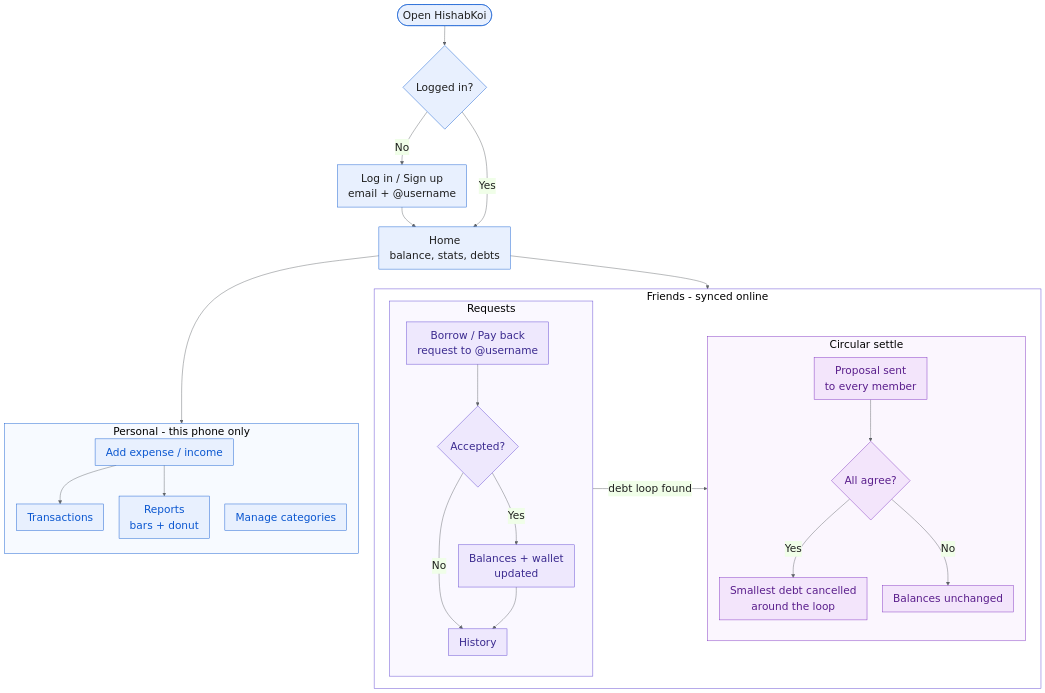
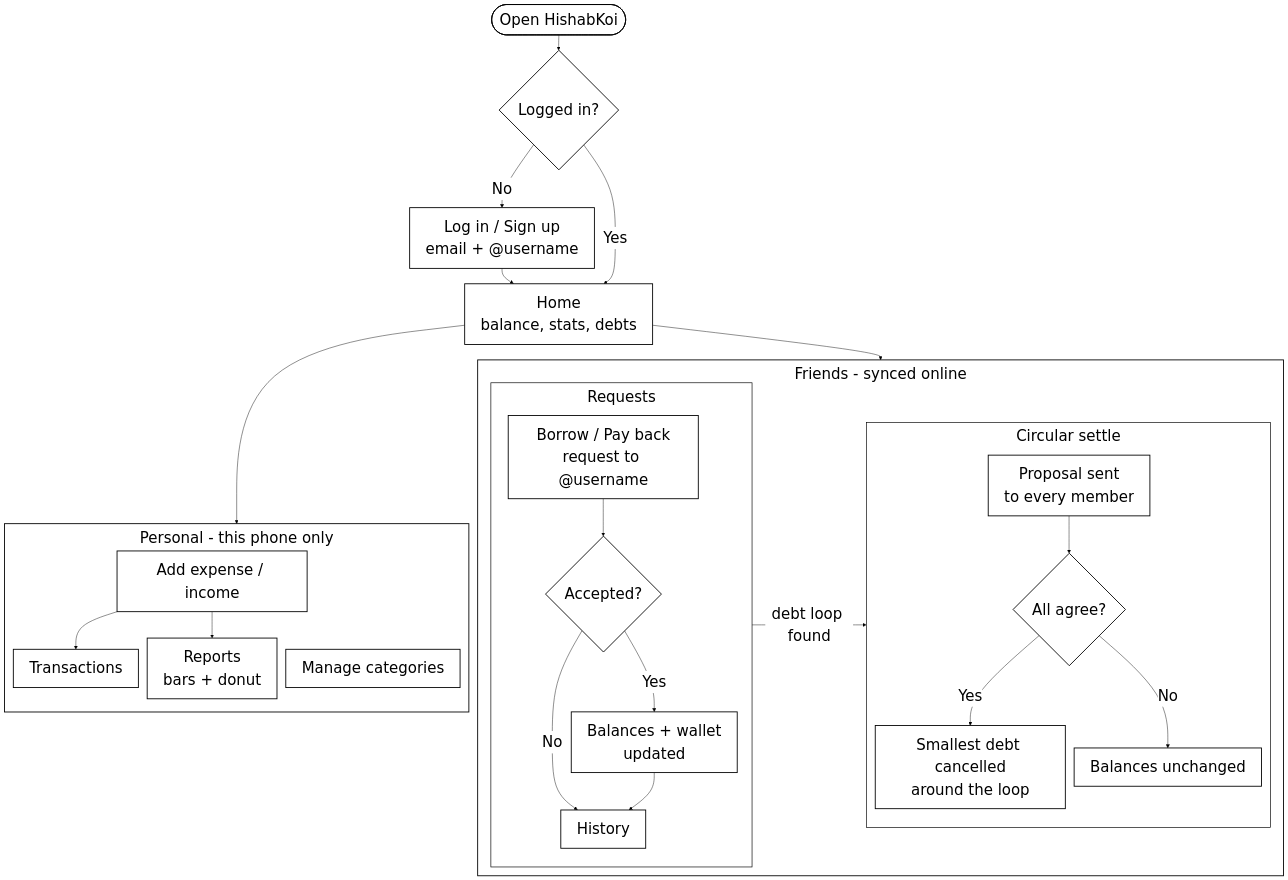
Before and after one commit to Mahin7773/HishabKoi: the diagram in docs/flowchart.mmd, drawn with Mermaid. The commit also changed 1 other file, not shown here.

Commit message:
Make flowchart black and white with larger text

```diff
--- a/docs/flowchart.mmd
+++ b/docs/flowchart.mmd
@@ -1,47 +1,42 @@
-%%{init: {'theme':'base','themeVariables':{'primaryColor':'#E8F0FE','primaryBorderColor':'#0B57D0','primaryTextColor':'#1F1F1F','lineColor':'#5F6368','fontFamily':'Segoe UI, Arial','fontSize':'24px'}, 'flowchart':{'wrappingWidth':300,'nodeSpacing':35,'rankSpacing':45,'padding':12}}}%%
+%%{init: {'theme':'base','themeVariables':{'primaryColor':'#FFFFFF','primaryBorderColor':'#000000','primaryTextColor':'#000000','lineColor':'#000000','textColor':'#000000','edgeLabelBackground':'#FFFFFF','clusterBkg':'#FFFFFF','clusterBorder':'#000000','fontFamily':'Segoe UI, Arial','fontSize':'34px'}, 'flowchart':{'wrappingWidth':360,'nodeSpacing':20,'rankSpacing':35,'padding':18,'diagramPadding':8,'subGraphTitleMargin':{'top':6,'bottom':26}}}}%%
 flowchart TD
     A([Open HishabKoi]) --> B{Logged in?}
     B -- No --> C[Log in / Sign up<br/>email + @username]
     C --> D
     B -- Yes --> D[Home<br/>balance, stats, debts]
 
     D --> PS
     D --> W
 
     subgraph PS [Personal - this phone only]
         direction TB
         P1[Add expense / income] --> P2[Transactions]
         P1 --> P3[Reports<br/>bars + donut]
         P1 ~~~ P4[Manage categories]
     end
 
     subgraph W [Friends - synced online]
     direction LR
     subgraph FS [Requests]
         direction TB
         F1[Borrow / Pay back<br/>request to @username] --> F2{Accepted?}
         F2 -- No --> F5[History]
         F2 -- Yes --> F3[Balances + wallet<br/>updated]
         F3 --> F5
     end
 
     FS -- debt loop found --> LP
 
     subgraph LP [Circular settle]
         direction TB
         L1[Proposal sent<br/>to every member] --> L2{All agree?}
         L2 -- Yes --> L3[Smallest debt cancelled<br/>around the loop]
         L2 -- No --> L4[Balances unchanged]
     end
     end
 
-    classDef personal fill:#E8F0FE,stroke:#0B57D0,color:#0B57D0
-    classDef friends fill:#EEE8FD,stroke:#5B3FD0,color:#3B2A8F
-    classDef loop fill:#F3E5FB,stroke:#7B2CBF,color:#5A1E8C
-    class P1,P2,P3,P4 personal
-    class F1,F2,F3,F5 friends
-    class L1,L2,L3,L4 loop
-    style W fill:#FFFFFF,stroke:#5B3FD0
-    style PS fill:#F7FAFF,stroke:#0B57D0
-    style FS fill:#FAF8FF,stroke:#5B3FD0
-    style LP fill:#FBF6FE,stroke:#7B2CBF
+    classDef default fill:#FFFFFF,stroke:#000000,stroke-width:2px,color:#000000,font-size:34px
+    style W fill:#FFFFFF,stroke:#000000,stroke-width:2px
+    style PS fill:#FFFFFF,stroke:#000000,stroke-width:2px
+    style FS fill:#FFFFFF,stroke:#000000,stroke-width:1.5px
+    style LP fill:#FFFFFF,stroke:#000000,stroke-width:1.5px
```
